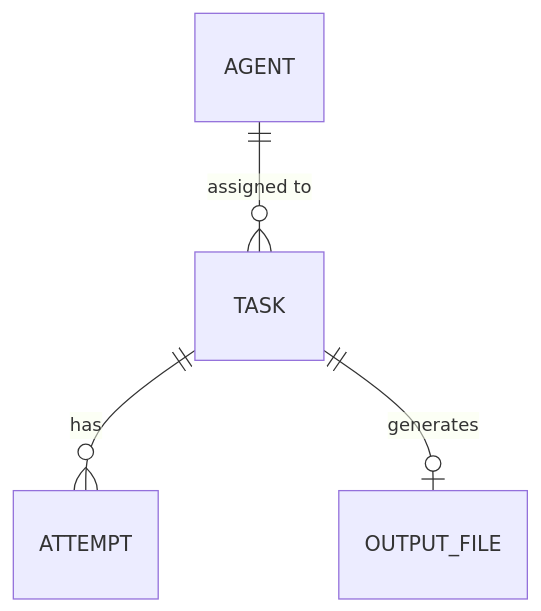
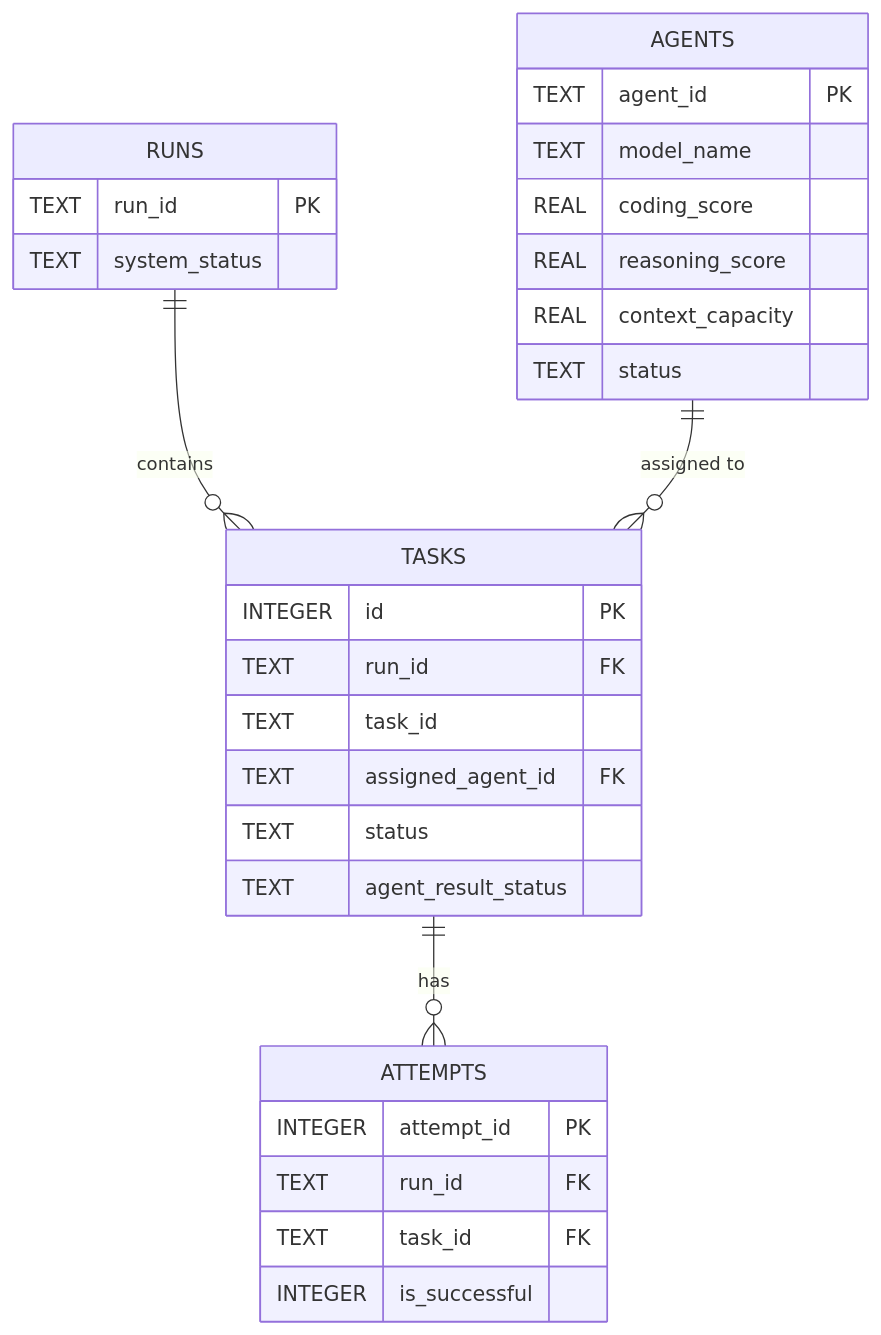
Before and after one commit to gorkemcolakk/Distributed-AI-Software-Development-Platform: the diagram in docs/DATA_MODEL.md, drawn with Mermaid. The commit also changed other lines of this file and 3 other files, not shown here.

First line of the commit message:
feat(S2-07): align SQLite persistence with run_id lifecycle and agent registry

````diff
--- a/docs/DATA_MODEL.md
+++ b/docs/DATA_MODEL.md
@@ -64,6 +110,32 @@
 ```mermaid
 erDiagram
-    AGENT ||--o{ TASK : "assigned to"
-    TASK ||--o{ ATTEMPT : "has"
-    TASK ||--o| OUTPUT_FILE : "generates"
+    RUNS ||--o{ TASKS : "contains"
+    AGENTS ||--o{ TASKS : "assigned to"
+    TASKS ||--o{ ATTEMPTS : "has"
+    RUNS {
+        TEXT run_id PK
+        TEXT system_status
+    }
+    AGENTS {
+        TEXT agent_id PK
+        TEXT model_name
+        REAL coding_score
+        REAL reasoning_score
+        REAL context_capacity
+        TEXT status
+    }
+    TASKS {
+        INTEGER id PK
+        TEXT run_id FK
+        TEXT task_id
+        TEXT assigned_agent_id FK
+        TEXT status
+        TEXT agent_result_status
+    }
+    ATTEMPTS {
+        INTEGER attempt_id PK
+        TEXT run_id FK
+        TEXT task_id FK
+        INTEGER is_successful
+    }
 ```
````
